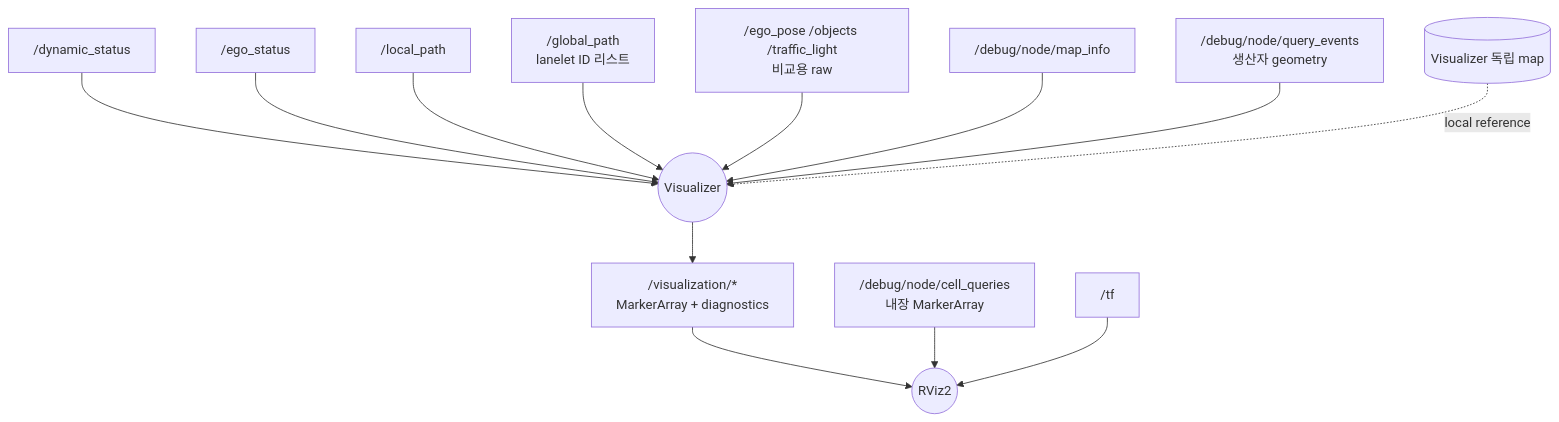
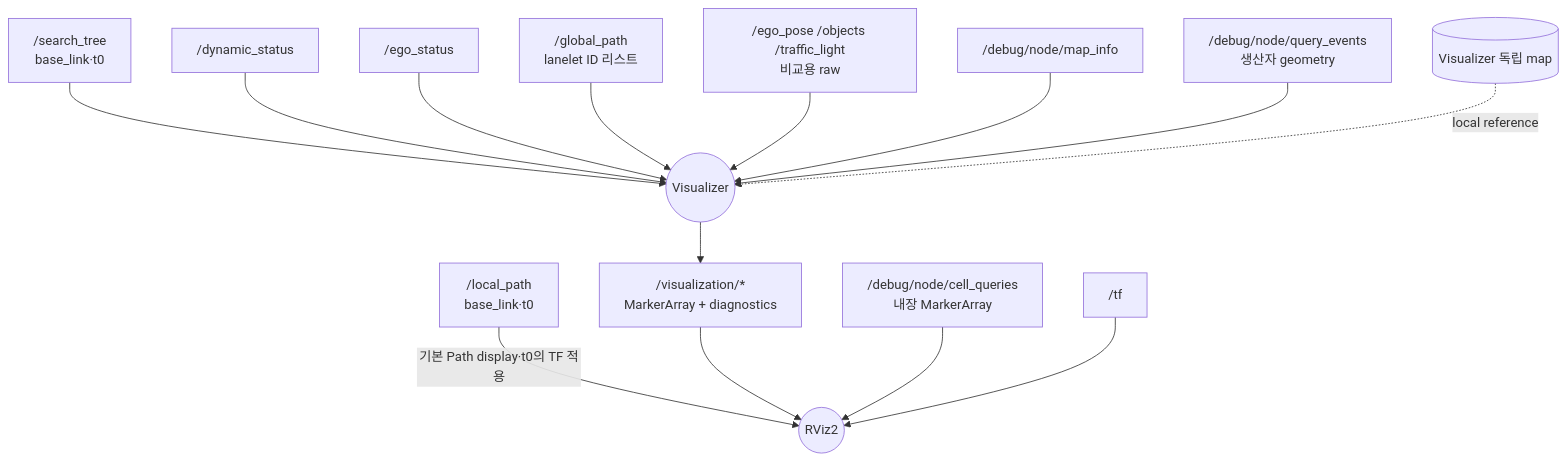
One commit to Team-Stier/HL-FMA2026-sim-stier changed the fourth of 4 diagrams in README.md. Above: the diagram before and after it, drawn with Mermaid. The commit also changed other lines of this file and 3 other files, not shown here.

````diff
--- a/README.md
+++ b/README.md
@@ -530,15 +539,16 @@
 ```mermaid
 flowchart TD
+    TREE["/search_tree<br/>base_link·t0"] --> VIS
     DS["/dynamic_status"] --> VIS((Visualizer))
     EGO["/ego_status"] --> VIS
-    PATH["/local_path"] --> VIS
+    PATH["/local_path<br/>base_link·t0"] -->|"기본 Path display·t0의 TF 적용"| RVIZ
     GLOBAL["/global_path<br/>lanelet ID 리스트"] --> VIS
     RAW["/ego_pose /objects /traffic_light<br/>비교용 raw"] --> VIS
     INFO["/debug/node/map_info"] --> VIS
     QUERY["/debug/node/query_events<br/>생산자 geometry"] --> VIS
     LOCAL[(Visualizer 독립 map)] -. "local reference" .-> VIS
     VIS --> MARKERS["/visualization/*<br/>MarkerArray + diagnostics"]
     MARKERS --> RVIZ((RViz2))
     BUILTIN["/debug/node/cell_queries<br/>내장 MarkerArray"] --> RVIZ
     TF["/tf"] --> RVIZ
 ```
````
